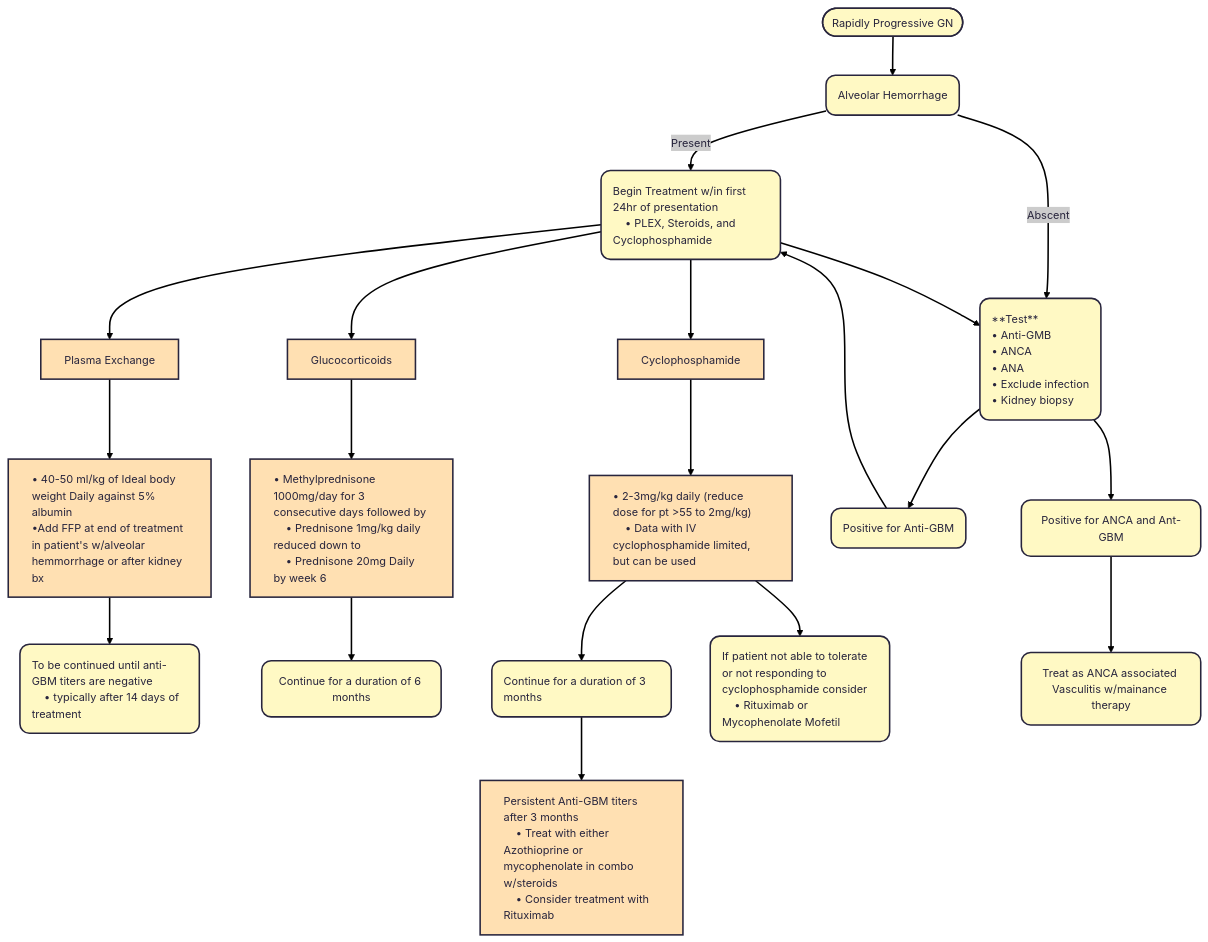
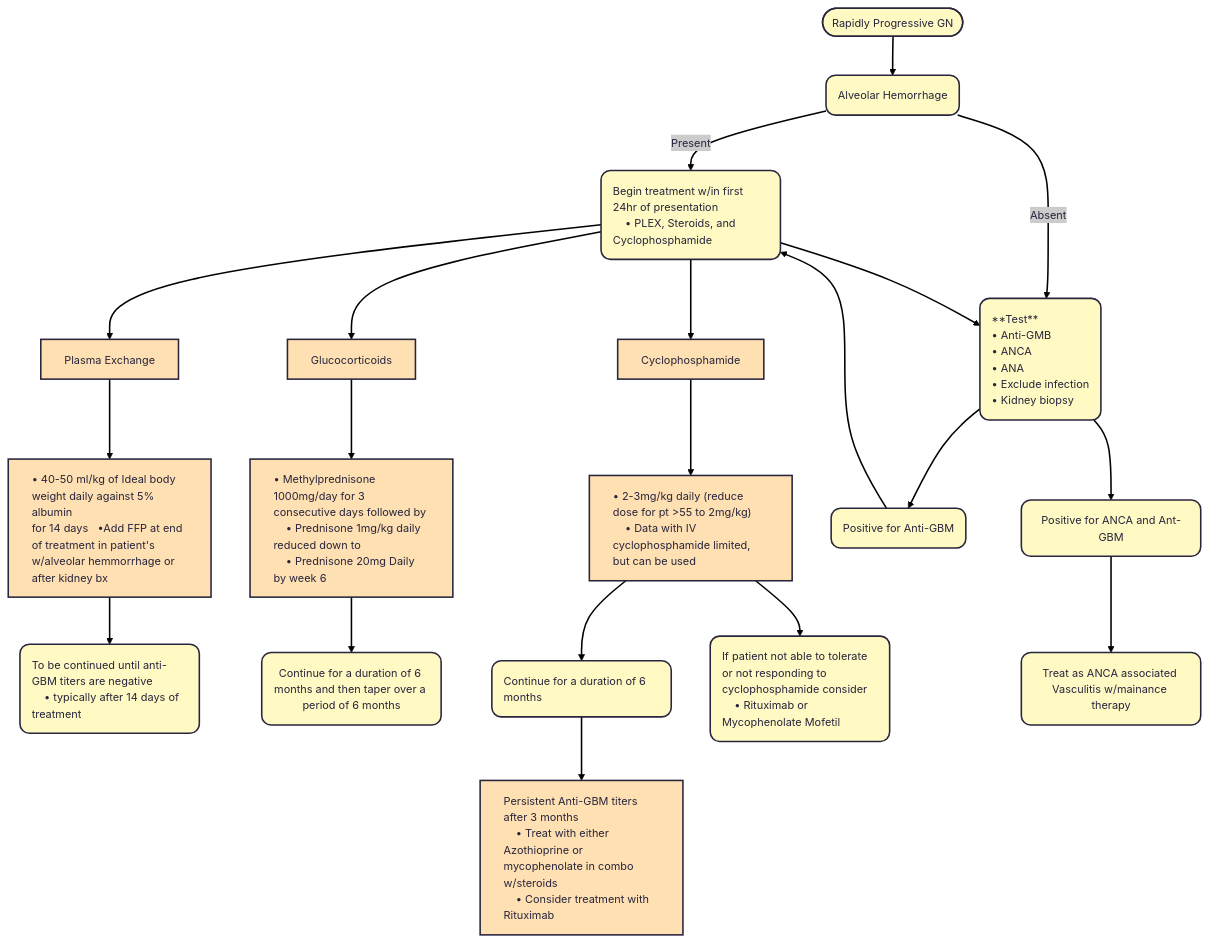
One commit to TTUNEPH2025/GN changed the diagram in docs/Anti-GBM.md. Above: the diagram before and after it, drawn with Mermaid.

````diff
--- a/docs/Anti-GBM.md
+++ b/docs/Anti-GBM.md
@@ -74,63 +74,63 @@
 ```mermaid
 ---
 config:
   theme: redux
 ---
 flowchart TD
     A(["Rapidly Progressive GN"]) --> n2["Alveolar Hemorrhage"]
-    n2 -- Present --> n3["Begin Treatment w/in first 24hr of presentation
+    n2 -- Present --> n3["Begin treatment w/in first 24hr of presentation
     • PLEX, Steroids, and Cyclophosphamide"]
-    n2 -- Abscent --> n4["**Test**
+    n2 -- Absent --> n4["**Test**
     • Anti-GMB 
     • ANCA
     • ANA
     • Exclude infection
     • Kidney biopsy"]
     n3 --> n5["Plasma Exchange"] & n6["Glucocorticoids"] & n7["Cyclophosphamide"] & n4
-    n5 --> n8@{ label: "• 40-50 ml/kg of Ideal body weight Daily against 5% albumin\n    •Add FFP at end of treatment in patient's w/alveolar hemmorrhage or after kidney bx" }
+    n5 --> n8@{ label: "• 40-50 ml/kg of Ideal body weight daily against 5% albumin\n for 14 days   •Add FFP at end of treatment in patient's w/alveolar hemmorrhage or after kidney bx" }
     n6 --> n9["• Methylprednisone 1000mg/day for 3 consecutive days followed by
     • Prednisone 1mg/kg daily reduced down to
     • Prednisone 20mg Daily by week 6"]
     n7 --> n10["• 2-3mg/kg daily (reduce dose for pt >55 to 2mg/kg)
     • Data with IV cyclophosphamide limited, but can be used"]
     n8 --> n11["To be continued until anti-GBM titers are negative
     • typically after 14 days of treatment"]
-    n9 --> n12["Continue for a duration of 6 months"]
-    n10 --> n13["Continue for a duration of 3 months"] & n14["If patient not able to tolerate or not responding to cyclophosphamide consider
+    n9 --> n12["Continue for a duration of 6 months and then taper over a period of 6 months"]
+    n10 --> n13["Continue for a duration of 6 months"] & n14["If patient not able to tolerate or not responding to cyclophosphamide consider
     • Rituximab or Mycophenolate Mofetil"]
     n13 --> n15["Persistent Anti-GBM titers after 3 months
     • Treat with either Azothioprine or mycophenolate in combo w/steroids
     • Consider treatment with Rituximab"]
     n4 --> n16["Positive for Anti-GBM"] & n17["Positive for ANCA and Ant-GBM"]
     n16 --> n3
     n17 --> n18["Treat as ANCA associated Vasculitis w/mainance therapy"]
     n2@{ shape: rounded}
     n3@{ shape: rounded}
     n4@{ shape: rounded}
     n8@{ shape: rect}
     n11@{ shape: rounded}
     n12@{ shape: rounded}
     n13@{ shape: rounded}
     n14@{ shape: rounded}
     n16@{ shape: rounded}
     n17@{ shape: rounded}
     n18@{ shape: rounded}
     style A fill:#FFF9C4
     style n2 fill:#FFF9C4
     style n3 fill:#FFF9C4,text-align:left
     style n4 fill:#FFF9C4,text-align:left
     style n5 fill:#FFE0B2
     style n6 fill:#FFE0B2
     style n7 fill:#FFE0B2
     style n8 fill:#FFE0B2,text-align:left
     style n9 fill:#FFE0B2,text-align:left
     style n10 fill:#FFE0B2,text-align:left
     style n11 fill:#FFF9C4,text-align:left
     style n12 fill:#FFF9C4
     style n13 fill:#FFF9C4,text-align:left
     style n14 fill:#FFF9C4,text-align:left
     style n15 fill:#FFE0B2,text-align:left
     style n16 fill:#FFF9C4
     style n17 fill:#FFF9C4
     style n18 fill:#FFF9C4
 ```
````
